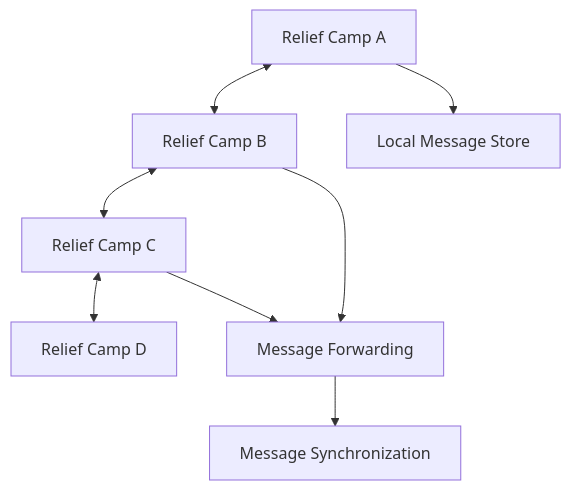
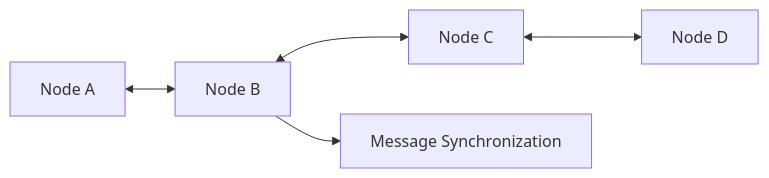
One commit to heeraOp/heeraOp changed the fourth of 6 diagrams in README.md. Above: the diagram before and after it, drawn with Mermaid. The commit also changed other lines of this file, not shown here.

````diff
--- a/README.md
+++ b/README.md
@@ -93,11 +136,7 @@
 ```mermaid
-flowchart TD
-    A[Relief Camp A] <--> B[Relief Camp B]
-    B <--> C[Relief Camp C]
-    C <--> D[Relief Camp D]
-
-    A --> E[Local Message Store]
-    B --> F[Message Forwarding]
-    C --> F
-    F --> G[Message Synchronization]
+flowchart LR
+    A[Node A] <--> B[Node B]
+    B <--> C[Node C]
+    C <--> D[Node D]
+    B --> E[Message Synchronization]
 ```
````
